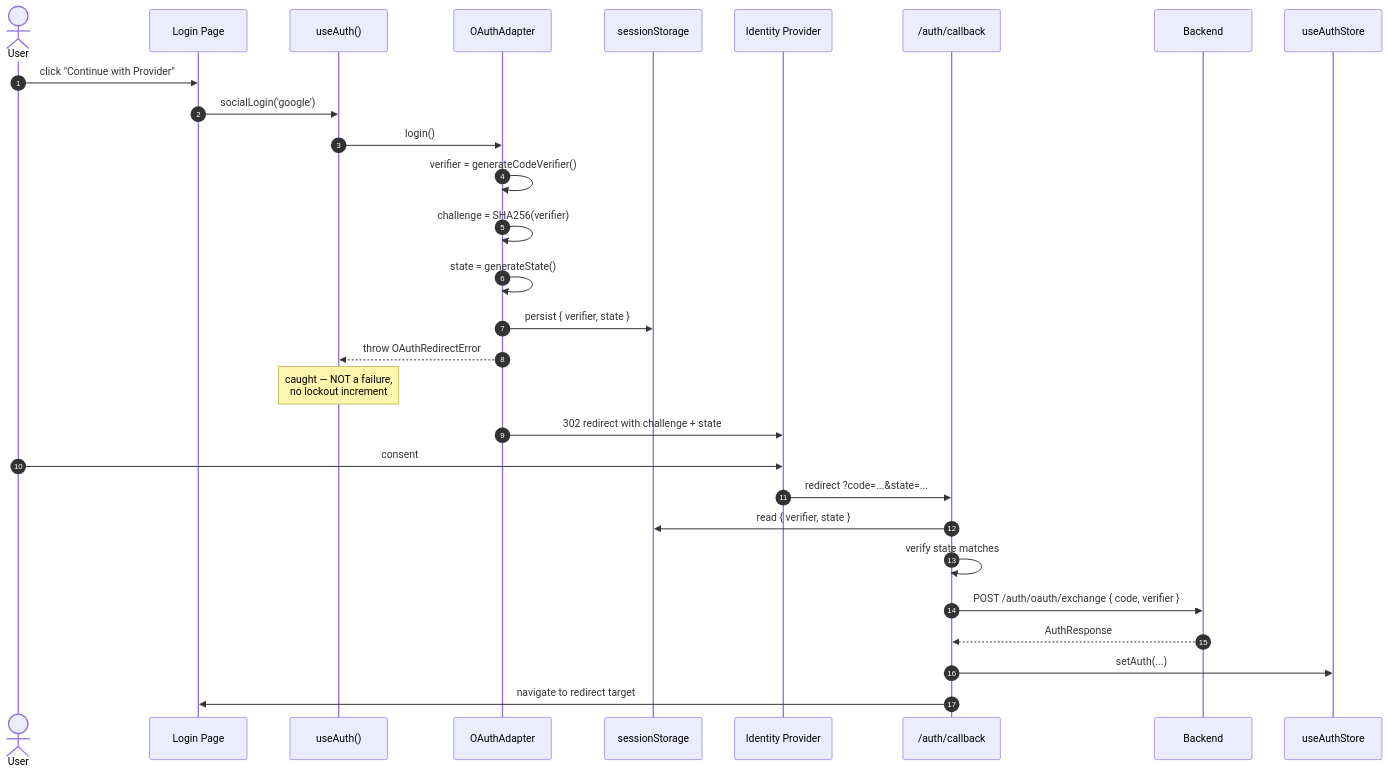
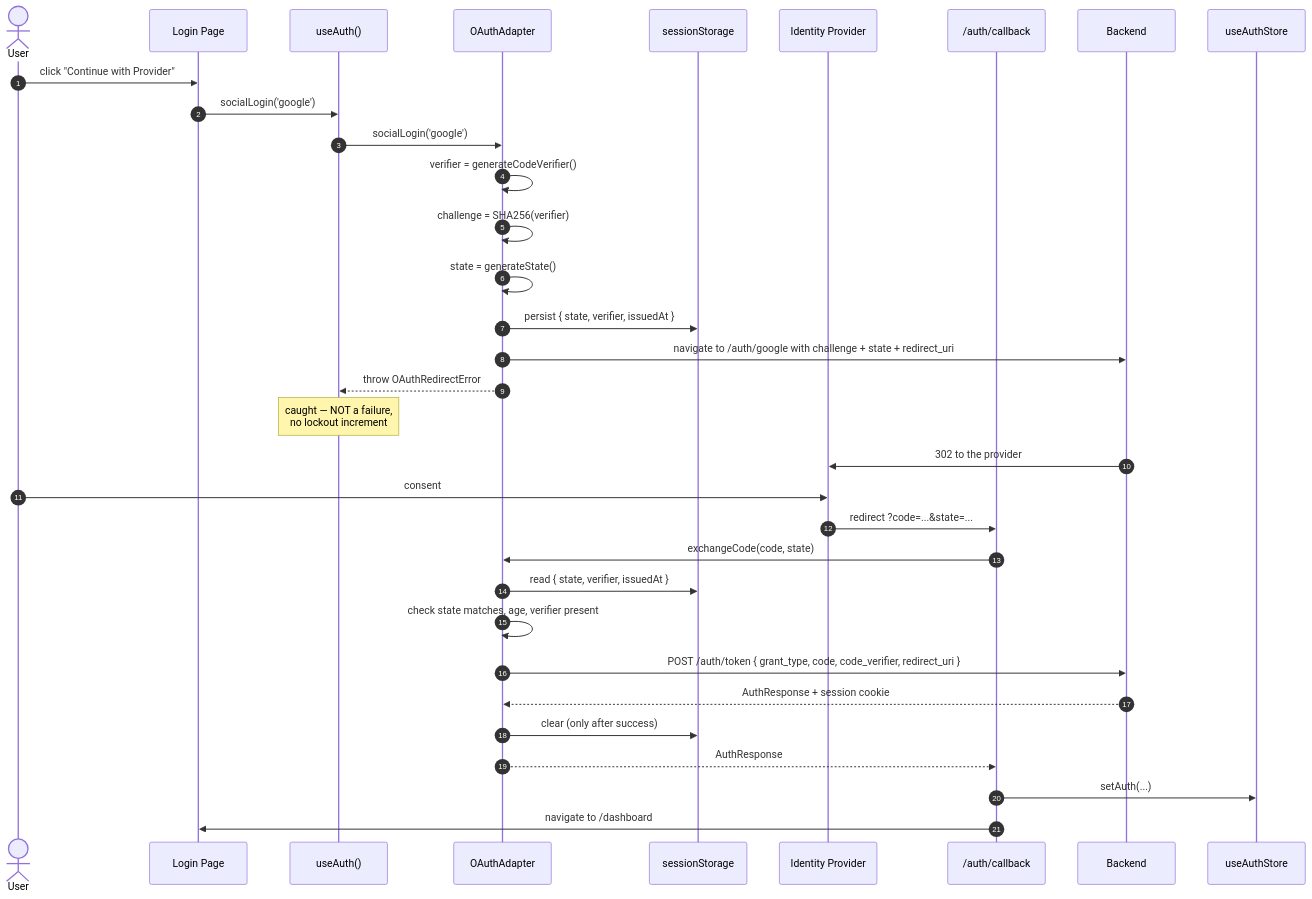
One commit to boussadjra/vuestrata changed the sixth of 14 diagrams in docs/6.configuration/3.auth-deep-dive.md. Above: the diagram before and after it, drawn with Mermaid. The commit also changed other lines of this file and 9 other files, not shown here.

First line of the commit message:
docs: correct the auth backend contract and other claims the code contradicts

````diff
--- a/docs/6.configuration/3.auth-deep-dive.md
+++ b/docs/6.configuration/3.auth-deep-dive.md
@@ -495,32 +519,36 @@
 ```mermaid
 sequenceDiagram
   autonumber
   actor User
   participant UI as Login Page
   participant Auth as useAuth()
   participant OA as OAuthAdapter
   participant SS as sessionStorage
   participant IdP as Identity Provider
   participant CB as /auth/callback
   participant API as Backend
   participant Store as useAuthStore
 
   User->>UI: click "Continue with Provider"
   UI->>Auth: socialLogin('google')
-  Auth->>OA: login()
+  Auth->>OA: socialLogin('google')
   OA->>OA: verifier = generateCodeVerifier()
   OA->>OA: challenge = SHA256(verifier)
   OA->>OA: state = generateState()
-  OA->>SS: persist { verifier, state }
+  OA->>SS: persist { state, verifier, issuedAt }
+  OA->>API: navigate to /auth/google with challenge + state + redirect_uri
   OA-->>Auth: throw OAuthRedirectError
   Note over Auth: caught — NOT a failure,<br/>no lockout increment
-  OA->>IdP: 302 redirect with challenge + state
+  API->>IdP: 302 to the provider
   User->>IdP: consent
   IdP->>CB: redirect ?code=...&state=...
-  CB->>SS: read { verifier, state }
-  CB->>CB: verify state matches
-  CB->>API: POST /auth/oauth/exchange { code, verifier }
-  API-->>CB: AuthResponse
+  CB->>OA: exchangeCode(code, state)
+  OA->>SS: read { state, verifier, issuedAt }
+  OA->>OA: check state matches, age, verifier present
+  OA->>API: POST /auth/token { grant_type, code, code_verifier, redirect_uri }
+  API-->>OA: AuthResponse + session cookie
+  OA->>SS: clear (only after success)
+  OA-->>CB: AuthResponse
   CB->>Store: setAuth(...)
-  CB->>UI: navigate to redirect target
+  CB->>UI: navigate to /dashboard
 ```
````
